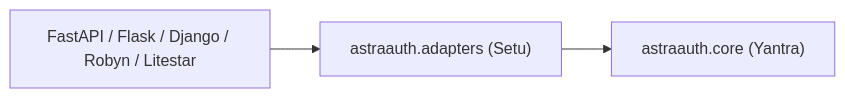
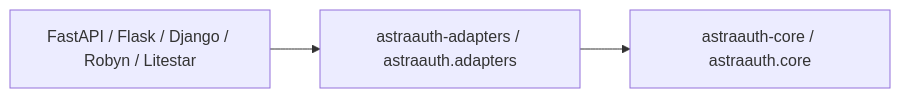
One commit to groverankur/Astra changed the fifth of 17 diagrams in docs/about/package_detailed_references.md. Above: the diagram before and after it, drawn with Mermaid. The commit also changed other lines of this file and 59 other files, not shown here.

````diff
--- a/docs/about/package_detailed_references.md
+++ b/docs/about/package_detailed_references.md
@@ -110,9 +110,9 @@
 ```mermaid
 graph LR
     WebFrameworks["FastAPI / Flask / Django / Robyn / Litestar"]
-    Adapter["astraauth.adapters (Setu)"]
-    Core["astraauth.core (Yantra)"]
+    Adapter["astraauth-adapters / astraauth.adapters"]
+    Core["astraauth-core / astraauth.core"]
 
     WebFrameworks --> Adapter
     Adapter --> Core
 ```
````
